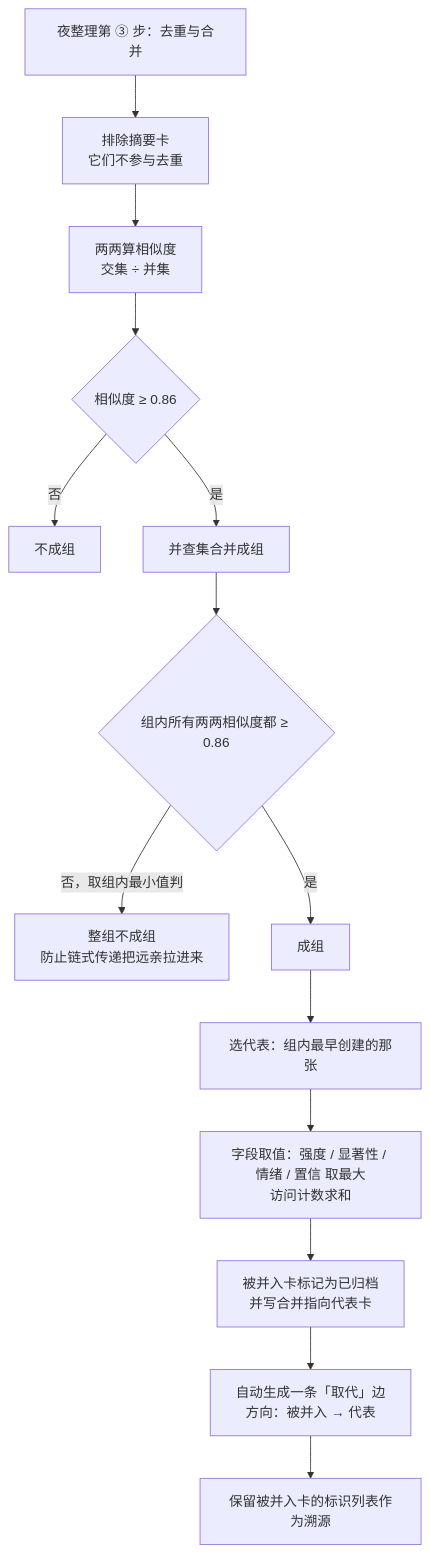
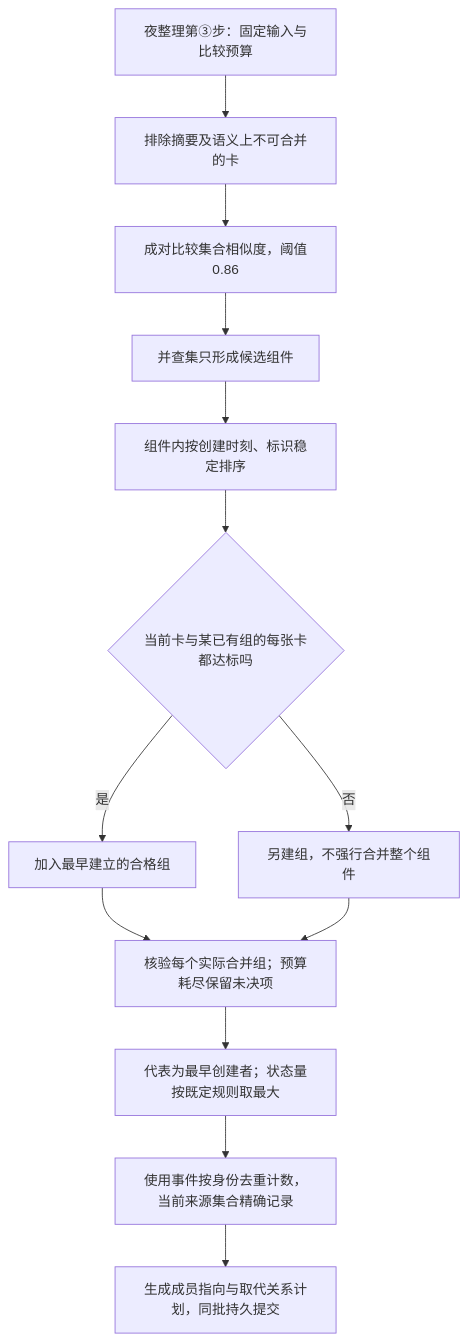
Before and after one commit to liruilong9999/memory: diagram 16 of 21 in docs/docs_new/11-时序图与流程图集.md, drawn with Mermaid. The commit also changed other lines of this file and 13 other files, not shown here.

````diff
--- a/docs/docs_new/11-时序图与流程图集.md
+++ b/docs/docs_new/11-时序图与流程图集.md
@@ -726,16 +694,15 @@
 ```mermaid
 flowchart TD
-    A[夜整理第 ③ 步：去重与合并] --> B[排除摘要卡<br/>它们不参与去重]
-    B --> C[两两算相似度<br/>交集 ÷ 并集]
-    C --> D{相似度 ≥ 0.86}
-    D -->|否| E[不成组]
-    D -->|是| F[并查集合并成组]
-    F --> G{组内所有两两相似度都 ≥ 0.86}
-    G -->|否，取组内最小值判| E2[整组不成组<br/>防止链式传递把远亲拉进来]
-    G -->|是| H[成组]
-    H --> I[选代表：组内最早创建的那张]
-    I --> J["字段取值：强度 / 显著性 / 情绪 / 置信 取最大<br/>访问计数求和"]
-    J --> K[被并入卡标记为已归档<br/>并写合并指向代表卡]
-    K --> L[自动生成一条「取代」边<br/>方向：被并入 → 代表]
-    L --> M[保留被并入卡的标识列表作为溯源]
+    A["夜整理第③步：固定输入与比较预算"] --> B["排除摘要及语义上不可合并的卡"]
+    B --> C["成对比较集合相似度，阈值0.86"]
+    C --> D["并查集只形成候选组件"]
+    D --> E["组件内按创建时刻、标识稳定排序"]
+    E --> F{"当前卡与某已有组的每张卡都达标吗"}
+    F -->|是| G["加入最早建立的合格组"]
+    F -->|否| H["另建组，不强行合并整个组件"]
+    G --> I["核验每个实际合并组；预算耗尽保留未决项"]
+    H --> I
+    I --> J["代表为最早创建者；状态量按既定规则取最大"]
+    J --> K["使用事件按身份去重计数，当前来源集合精确记录"]
+    K --> L["生成成员指向与取代关系计划，同批持久提交"]
 ```
````
